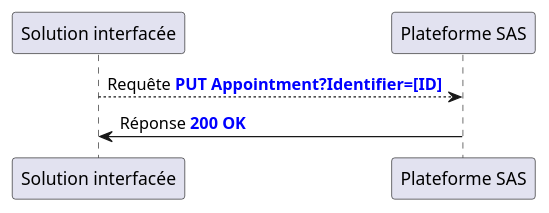
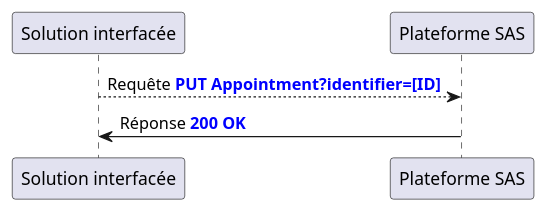
Before and after one commit to ansforge/IG-fhir-service-acces-aux-soins: the diagram in input/images-source/mise_a_jour_rendez_vous.plantuml, drawn with PlantUML. The commit also changed 13 other files, not shown here.

```diff
--- a/input/images-source/mise_a_jour_rendez_vous.plantuml
+++ b/input/images-source/mise_a_jour_rendez_vous.plantuml
@@ -1,4 +1,4 @@
 @startuml
-"Solution interfacée" --> "Plateforme SAS": Requête **<color:blue>PUT Appointment?Identifier=[ID]</color>**
+"Solution interfacée" --> "Plateforme SAS": Requête **<color:blue>PUT Appointment?identifier=[ID]</color>**
 "Plateforme SAS" -> "Solution interfacée": Réponse **<color:blue>200 OK</color>**
 @enduml
```
